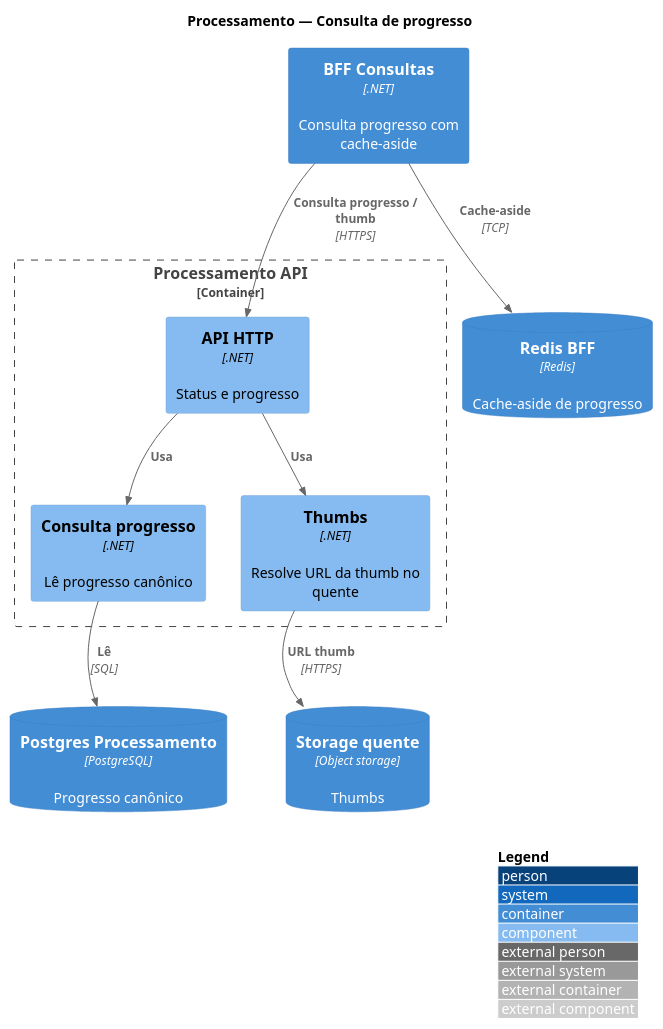
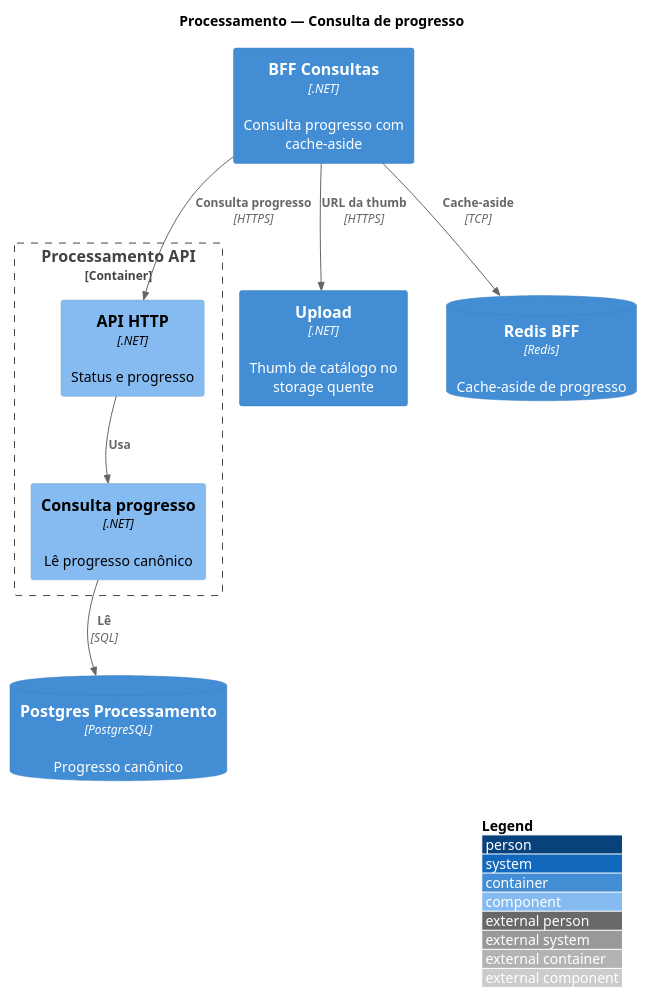
Before and after one commit to fiap-x-vcosta/docs: the diagram in arquitetura/07_componentes-processamento-consulta.puml, drawn with PlantUML. The commit also changed 13 other files, not shown here.

First line of the commit message:
docs: thumbs no Upload, cancel via Pub/Sub e BFF enxuto

```diff
--- a/arquitetura/07_componentes-processamento-consulta.puml
+++ b/arquitetura/07_componentes-processamento-consulta.puml
@@ -1,34 +1,31 @@
 @startuml 07_componentes-processamento-consulta
 !include https://raw.githubusercontent.com/plantuml-stdlib/C4-PlantUML/master/C4_Component.puml
 
 LAYOUT_WITH_LEGEND()
 LAYOUT_TOP_DOWN()
 
 title Processamento — Consulta de progresso
 
 Container(bff, "BFF Consultas", ".NET", "Consulta progresso com cache-aside")
+Container(upload, "Upload", ".NET", "Thumb de catálogo no storage quente")
 ContainerDb(redis, "Redis BFF", "Redis", "Cache-aside de progresso")
 ContainerDb(pgProc, "Postgres Processamento", "PostgreSQL", "Progresso canônico")
-ContainerDb(quente, "Storage quente", "Object storage", "Thumbs")
 
 Container_Boundary(procApi, "Processamento API") {
   Component(apiHttp, "API HTTP", ".NET", "Status e progresso")
   Component(consulta, "Consulta progresso", ".NET", "Lê progresso canônico")
-  Component(thumbs, "Thumbs", ".NET", "Resolve URL da thumb no quente")
 }
 
 Rel(bff, redis, "Cache-aside", "TCP")
-Rel(bff, apiHttp, "Consulta progresso / thumb", "HTTPS")
+Rel(bff, apiHttp, "Consulta progresso", "HTTPS")
 Rel(apiHttp, consulta, "Usa")
 Rel(consulta, pgProc, "Lê", "SQL")
-Rel(apiHttp, thumbs, "Usa")
-Rel(thumbs, quente, "URL thumb", "HTTPS")
+Rel(bff, upload, "URL da thumb", "HTTPS")
 
 Lay_D(bff, redis)
 Lay_R(bff, apiHttp)
 Lay_D(apiHttp, consulta)
-Lay_R(consulta, thumbs)
 Lay_D(consulta, pgProc)
-Lay_D(thumbs, quente)
+Lay_R(apiHttp, upload)
 
 @enduml
```
